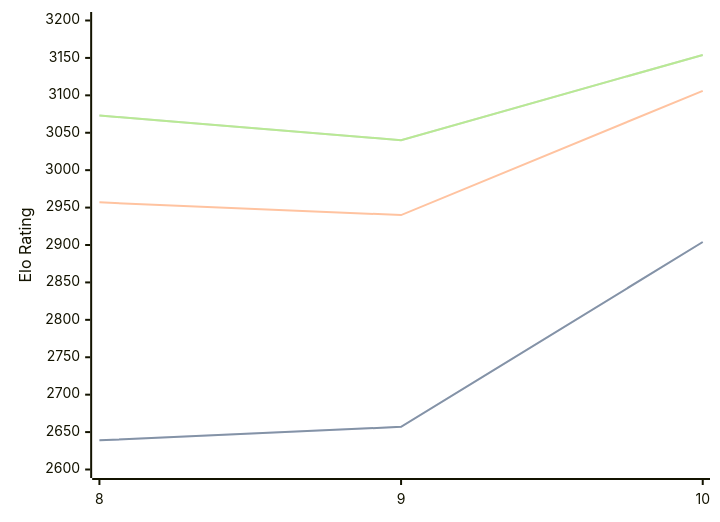
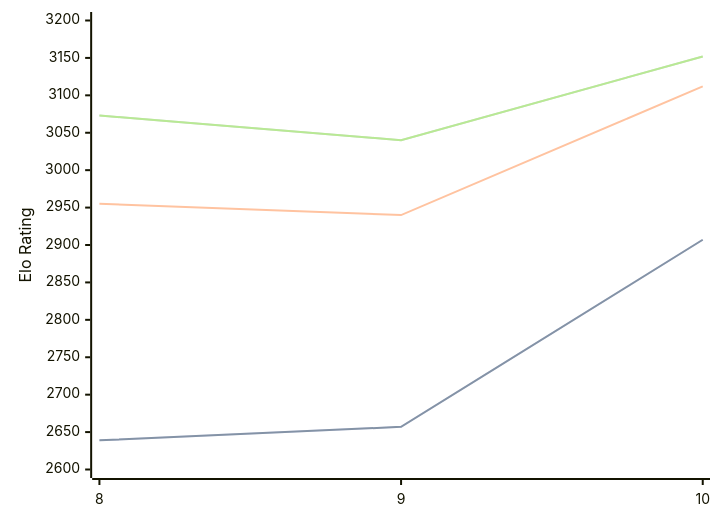
Before and after one commit to computer-chess-index/cci: the diagram in engines/Lozza.md, drawn with Mermaid. The commit also changed other lines of this file, not shown here.

Commit message:
Update CCI Ratings (ELO VLTC) - 2026-02-14

````diff
--- a/engines/Lozza.md
+++ b/engines/Lozza.md
@@ -36,11 +38,11 @@
 ```mermaid
 %%{init: {"theme":"base","themeVariables":{"seriesColors:['#a3a3a3','#222221','#faa371']}}}%%
 xychart-beta
   x-axis ["8", "9", "10"]
   y-axis "Elo Rating" 2600 --> 3200
-  line "STC (8.0+0.08s)" [2639, 2657, 2904]
-  line "STC (8.0+0.08s)" [2639, 2657, 2904]
-  line "LTC (60.0+0.60s)" [2957, 2940, 3106]
-  line "VLTC (2m24s+1.12s)" [3073, 3040, 3154]
-  line "VLTC (2m24s+1.12s)" [3073, 3040, 3154]
+  line "STC (8.0+0.08s)" [2639, 2657, 2907]
+  line "STC (8.0+0.08s)" [2639, 2657, 2907]
+  line "LTC (60.0+0.60s)" [2955, 2940, 3112]
+  line "VLTC (2m24s+1.12s)" [3073, 3040, 3152]
+  line "VLTC (2m24s+1.12s)" [3073, 3040, 3152]
 ```
````
